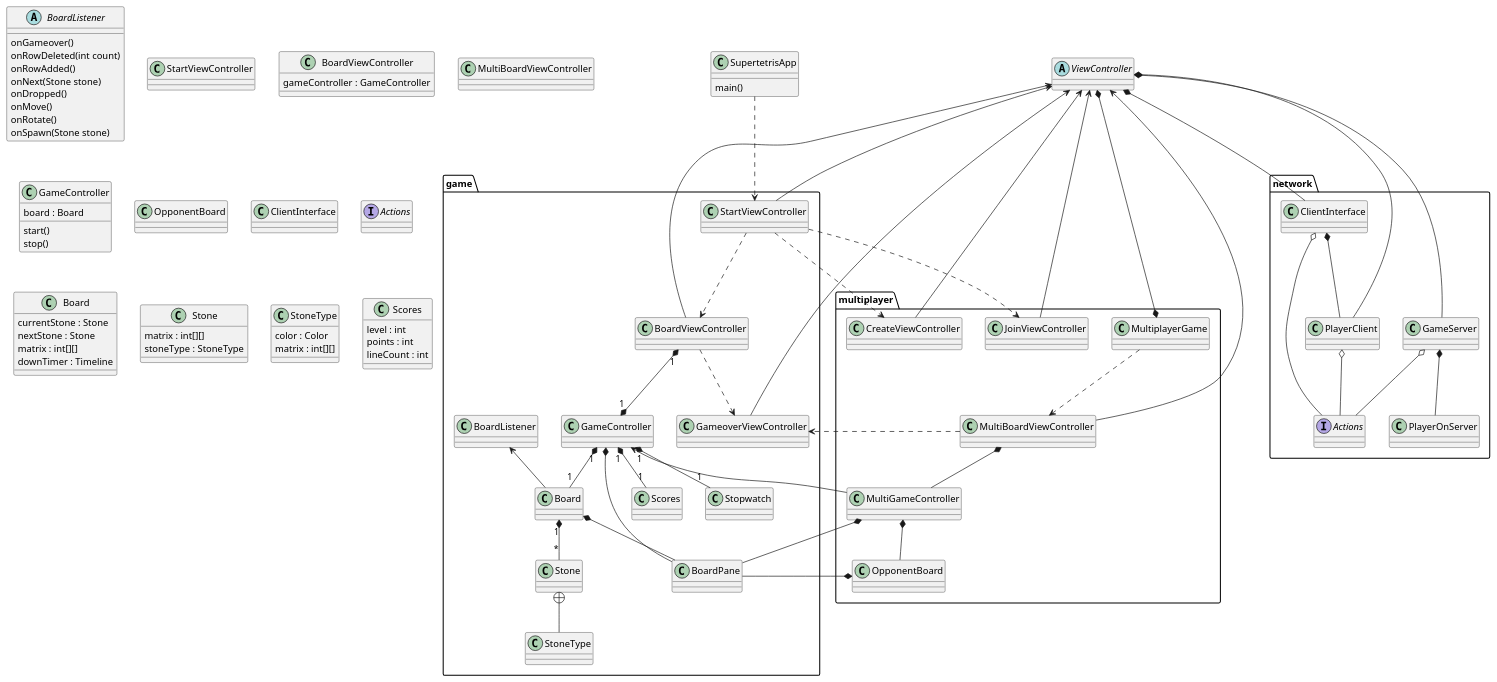
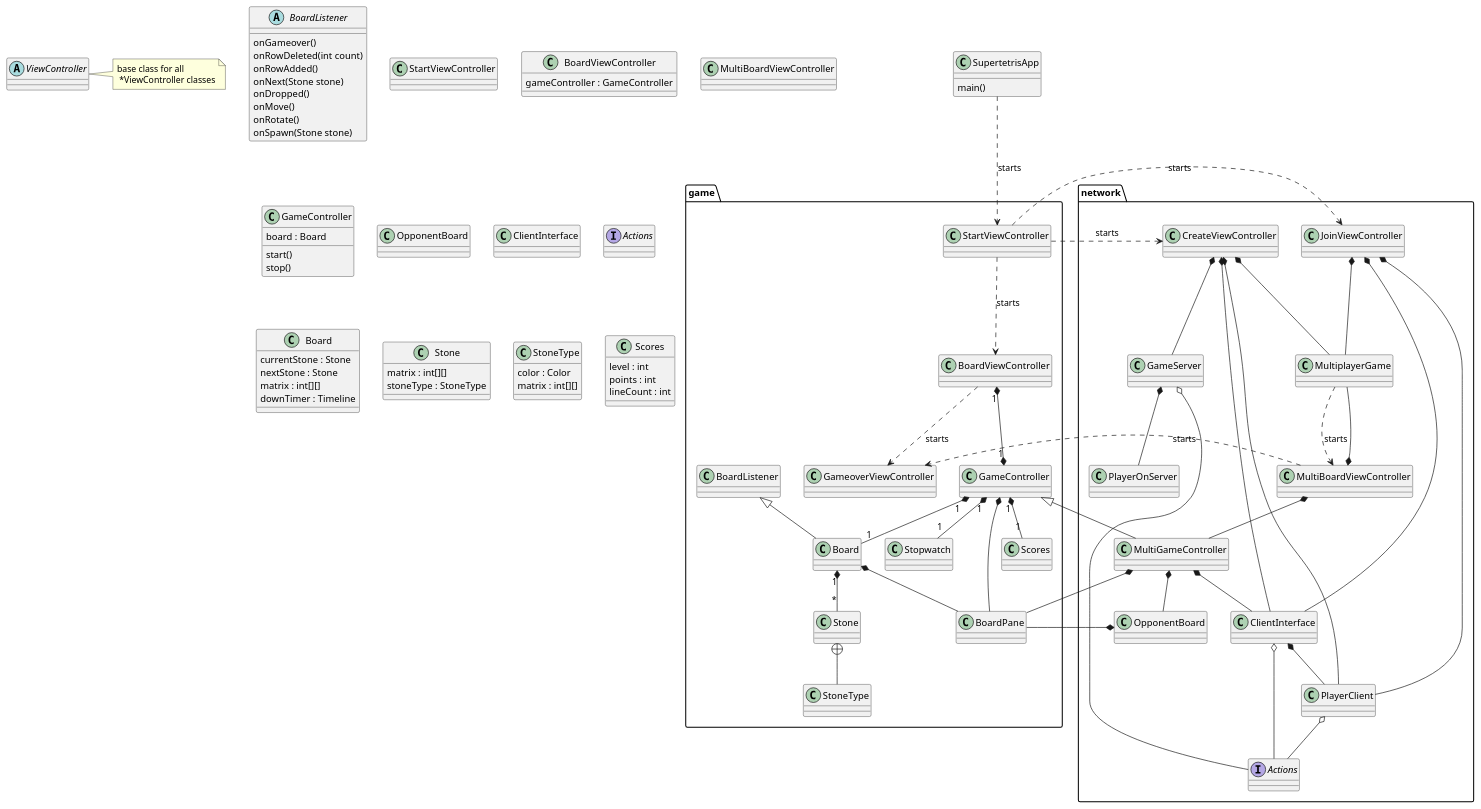
The diagram in doc/Klassendiagramm.puml (ponchofiesta/supertetris), drawn with PlantUML before and after one commit. The commit also changed 9 other files, not shown here.

```diff
--- a/doc/Klassendiagramm.puml
+++ b/doc/Klassendiagramm.puml
@@ -1,145 +1,149 @@
 @startuml
 skinparam classAttributeIconSize 0
 
 package network {
     interface Actions
     class ClientInterface
     class GameServer
     class PlayerClient
     class PlayerOnServer
+    class MultiBoardViewController
+    class MultiGameController
+    class MultiplayerGame
+    class JoinViewController
+    class CreateViewController
+    class OpponentBoard
 }
 
 package game {
     class Board
     class BoardListener
     class BoardPane
     class BoardViewController
     class GameController
     class GameoverViewController
     class Scores
     class StartViewController
     class Stone
     class StoneType
     class Stopwatch
 }
 
-package multiplayer {
-    class MultiBoardViewController
-    class MultiGameController
-    class MultiplayerGame
-    class JoinViewController
-    class CreateViewController
-    class OpponentBoard
-}
 
-SupertetrisApp ..> StartViewController
-StartViewController ..> BoardViewController
-StartViewController ..> JoinViewController
-StartViewController ..> CreateViewController
+SupertetrisApp ..> StartViewController : starts
+StartViewController ..> BoardViewController : starts
+StartViewController ..> JoinViewController : starts
+StartViewController ..> CreateViewController : starts
 BoardViewController "1" *--* "1" GameController
 GameController "1" *-- "1" Board
 GameController "1" *-- "1" Stopwatch
 GameController "1" *-- "1" Scores
-BoardListener <-- Board
+BoardListener <|-- Board
 Board "1" *-- "*" Stone
 Board *-- BoardPane
-GameController <-- MultiGameController
+GameController <|-- MultiGameController
 GameController *-- BoardPane
-BoardViewController ..> GameoverViewController
-MultiBoardViewController ..> GameoverViewController
+BoardViewController ..> GameoverViewController : starts
+MultiBoardViewController ..> GameoverViewController : starts
 MultiBoardViewController *-- MultiGameController
 MultiGameController *-- OpponentBoard
 MultiGameController  *-- BoardPane
-MultiplayerGame ..> MultiBoardViewController
+MultiplayerGame ..> MultiBoardViewController : starts
 OpponentBoard  *-- BoardPane
 
-ViewController <-- StartViewController
-ViewController <-- BoardViewController
-ViewController <-- MultiBoardViewController
-ViewController <-- JoinViewController
-ViewController <-- CreateViewController
-ViewController <-- GameoverViewController
+'ViewController <|-- StartViewController
+'ViewController <|-- BoardViewController
+'ViewController <|-- MultiBoardViewController
+'ViewController <|-- JoinViewController
+'ViewController <|-- CreateViewController
+'ViewController <|-- GameoverViewController
 
-ViewController *-- GameServer
-ViewController *-- PlayerClient
-ViewController *-- ClientInterface
-ViewController *--* MultiplayerGame
+JoinViewController *-- PlayerClient
+JoinViewController *-- ClientInterface
+JoinViewController *-- MultiplayerGame
+MultiBoardViewController *-- MultiplayerGame
+MultiGameController *-- ClientInterface
+CreateViewController *-- PlayerClient
+CreateViewController *-- ClientInterface
+CreateViewController *-- MultiplayerGame
+CreateViewController *-- GameServer
 
 ClientInterface *-- PlayerClient
 ClientInterface o-- Actions
 GameServer o-- Actions
 PlayerClient o-- Actions
 
 GameServer *-- PlayerOnServer
 
 Stone +-- StoneType
 
 class SupertetrisApp {
     main()
 }
 
 abstract class ViewController {
 }
+note right: base class for all \n *ViewController classes
 
 abstract class BoardListener {
     onGameover()
     onRowDeleted(int count)
     onRowAdded()
     onNext(Stone stone)
     onDropped()
     onMove()
     onRotate()
     onSpawn(Stone stone)
 }
 
 class StartViewController {
 }
 
 class BoardViewController {
     gameController : GameController
 }
 
 class MultiBoardViewController {
 }
 
 class GameController {
     board : Board
     start()
     stop()
 }
 
 class OpponentBoard {
 }
 
 class ClientInterface {
 }
 
 interface Actions {
 }
 
 class Board {
     currentStone : Stone
     nextStone : Stone
     matrix : int[][]
     downTimer : Timeline
 }
 
 class Stone {
     matrix : int[][]
     stoneType : StoneType
 }
 
 class StoneType {
     color : Color
     matrix : int[][]
 }
 
 class Scores {
     level : int
     points : int
     lineCount : int
 }
 
 
 
 @enduml
```
